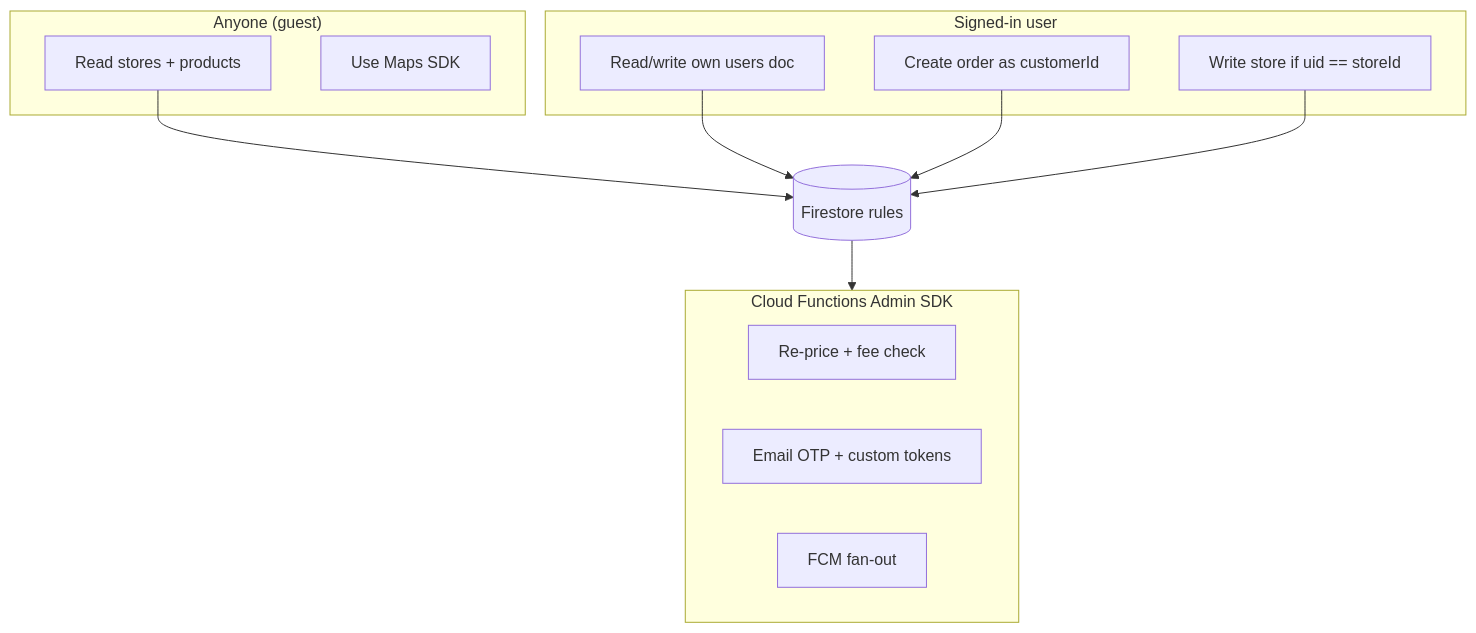
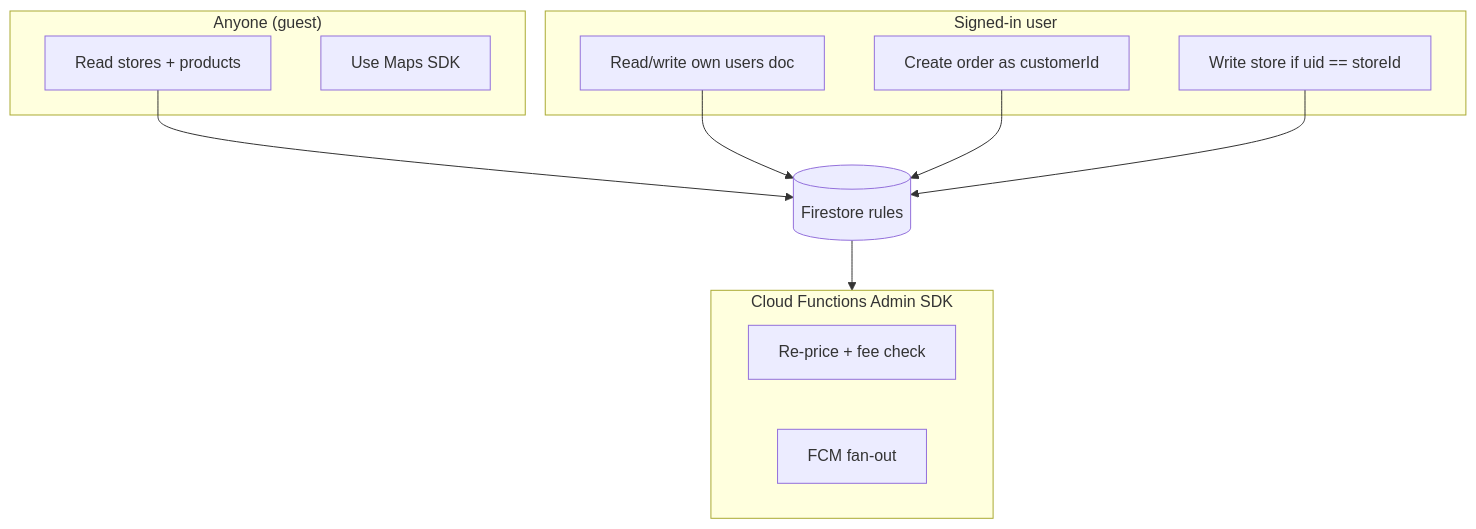
One commit to codecrafteryt/paanipe changed the ninth of 12 diagrams in README.md. Above: the diagram before and after it, drawn with Mermaid. The commit also changed other lines of this file and 17 other files, not shown here.

````diff
--- a/README.md
+++ b/README.md
@@ -331,25 +326,24 @@
 ```mermaid
 flowchart TB
   subgraph Public["Anyone (guest)"]
     Browse[Read stores + products]
     Map[Use Maps SDK]
   end
 
   subgraph AuthN["Signed-in user"]
     Profile[Read/write own users doc]
     Order[Create order as customerId]
     Sell[Write store if uid == storeId]
   end
 
   subgraph Server["Cloud Functions Admin SDK"]
     Reprice[Re-price + fee check]
-    OTP[Email OTP + custom tokens]
     Push[FCM fan-out]
   end
 
   Browse --> FS[(Firestore rules)]
   Profile --> FS
   Order --> FS
   Sell --> FS
   FS --> Server
 ```
````
